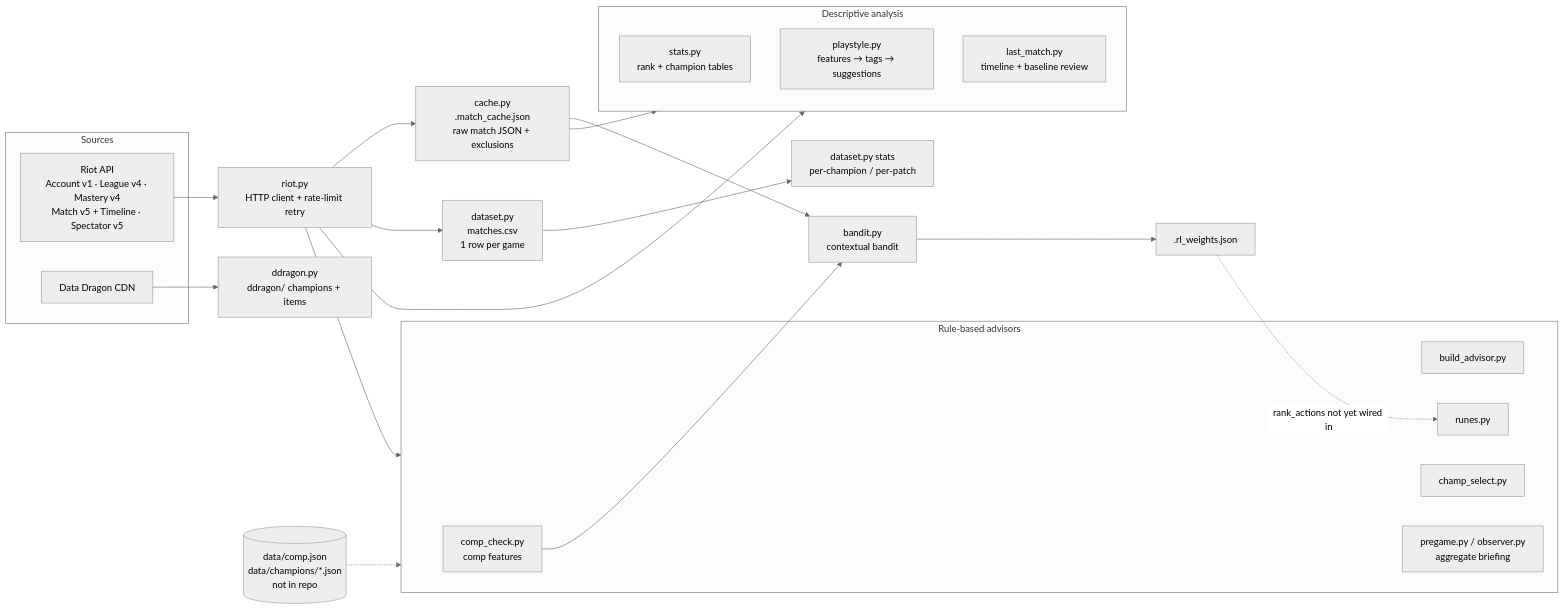
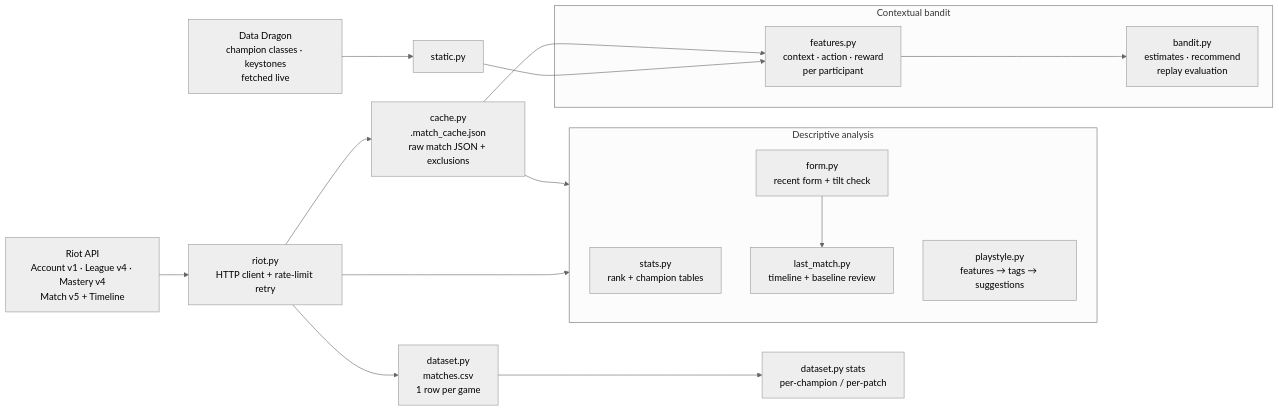
The first of 2 diagrams in README.md (iagxferreira/riftlab), drawn with Mermaid (neutral theme) before and after one commit. The commit also changed other lines of this file and 1 other file, not shown here.

First line of the commit message:
docs: document the redesigned bandit and single-account setup

````diff
--- a/README.md
+++ b/README.md
@@ -37,38 +37,27 @@
 ```mermaid
 flowchart LR
-    subgraph Sources
-        RIOT[Riot API<br/>Account v1 · League v4 · Mastery v4<br/>Match v5 + Timeline · Spectator v5]
-        DD[Data Dragon CDN]
-    end
+    RIOT[Riot API<br/>Account v1 · League v4 · Mastery v4<br/>Match v5 + Timeline] --> CLIENT[riot.py<br/>HTTP client + rate-limit retry]
+    DD[Data Dragon<br/>champion classes · keystones<br/>fetched live] --> STATIC[static.py]
 
-    RIOT --> CLIENT[riot.py<br/>HTTP client + rate-limit retry]
     CLIENT --> CACHE[cache.py<br/>.match_cache.json<br/>raw match JSON + exclusions]
     CLIENT --> DS[dataset.py<br/>matches.csv<br/>1 row per game]
-    DD --> DDR[ddragon.py<br/>ddragon/ champions + items]
+    DS --> DSTATS[dataset.py stats<br/>per-champion / per-patch]
 
     CACHE --> ANALYSIS
     CLIENT --> ANALYSIS
-    DS --> DSTATS[dataset.py stats<br/>per-champion / per-patch]
-
     subgraph ANALYSIS[Descriptive analysis]
         LS[stats.py<br/>rank + champion tables]
         PS[playstyle.py<br/>features → tags → suggestions]
         LM[last_match.py<br/>timeline + baseline review]
+        FM[form.py<br/>recent form + tilt check]
     end
+    FM --> LM
 
-    DATA[(data/comp.json<br/>data/champions/*.json<br/>not in repo)] -.-> RULES
-    CLIENT --> RULES
-
-    subgraph RULES[Rule-based advisors]
-        CC[comp_check.py<br/>comp features]
-        BA[build_advisor.py]
-        RU[runes.py]
-        CS[champ_select.py]
-        PG[pregame.py / observer.py<br/>aggregate briefing]
+    subgraph RL[Contextual bandit]
+        FEAT[features.py<br/>context · action · reward<br/>per participant]
+        BANDIT[bandit.py<br/>estimates · recommend<br/>replay evaluation]
     end
-
-    CACHE --> RL[bandit.py<br/>contextual bandit]
-    CC --> RL
-    RL --> W[.rl_weights.json]
-    W -. rank_actions not yet wired in .-> RU
+    CACHE --> FEAT
+    STATIC --> FEAT
+    FEAT --> BANDIT
 ```
````
